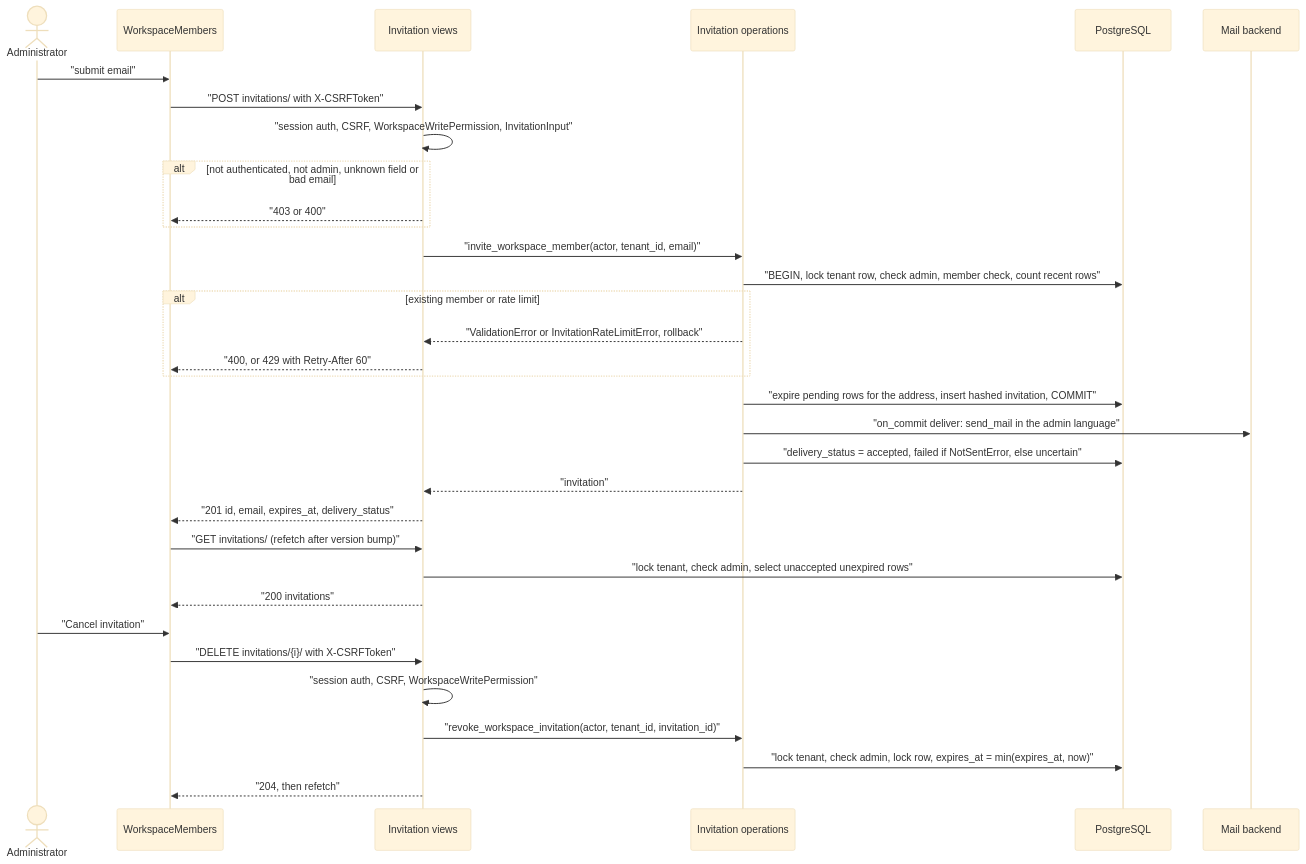
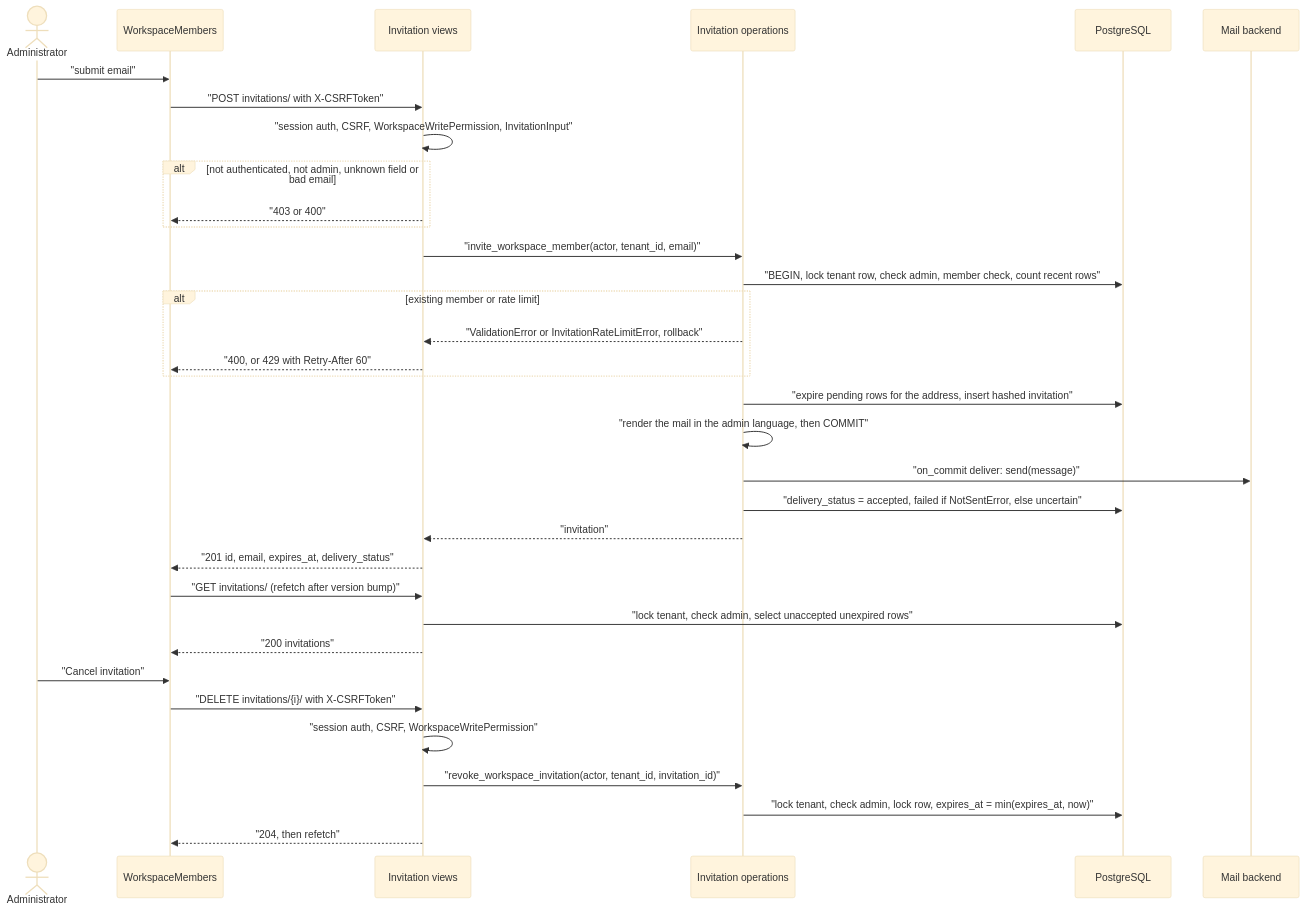
The diagram in docs/flows/member-invitation.md (erkurtharun/pyracast), drawn with Mermaid (base theme) before and after one commit. The commit also changed other lines of this file and 8 other files, not shown here.

First line of the commit message:
Send account mail through the shared entry point and prove the production Gmail sender

````diff
--- a/docs/flows/member-invitation.md
+++ b/docs/flows/member-invitation.md
@@ -13,35 +13,36 @@
 ```mermaid
 sequenceDiagram
     actor A as Administrator
     participant UI as WorkspaceMembers
     participant V as Invitation views
     participant Op as Invitation operations
     participant DB as PostgreSQL
     participant M as Mail backend
     A->>UI: "submit email"
     UI->>V: "POST invitations/ with X-CSRFToken"
     V->>V: "session auth, CSRF, WorkspaceWritePermission, InvitationInput"
     alt not authenticated, not admin, unknown field or bad email
         V-->>UI: "403 or 400"
     end
     V->>Op: "invite_workspace_member(actor, tenant_id, email)"
     Op->>DB: "BEGIN, lock tenant row, check admin, member check, count recent rows"
     alt existing member or rate limit
         Op-->>V: "ValidationError or InvitationRateLimitError, rollback"
         V-->>UI: "400, or 429 with Retry-After 60"
     end
-    Op->>DB: "expire pending rows for the address, insert hashed invitation, COMMIT"
-    Op->>M: "on_commit deliver: send_mail in the admin language"
+    Op->>DB: "expire pending rows for the address, insert hashed invitation"
+    Op->>Op: "render the mail in the admin language, then COMMIT"
+    Op->>M: "on_commit deliver: send(message)"
     Op->>DB: "delivery_status = accepted, failed if NotSentError, else uncertain"
     Op-->>V: "invitation"
     V-->>UI: "201 id, email, expires_at, delivery_status"
     UI->>V: "GET invitations/ (refetch after version bump)"
     V->>DB: "lock tenant, check admin, select unaccepted unexpired rows"
     V-->>UI: "200 invitations"
     A->>UI: "Cancel invitation"
     UI->>V: "DELETE invitations/{i}/ with X-CSRFToken"
     V->>V: "session auth, CSRF, WorkspaceWritePermission"
     V->>Op: "revoke_workspace_invitation(actor, tenant_id, invitation_id)"
     Op->>DB: "lock tenant, check admin, lock row, expires_at = min(expires_at, now)"
     V-->>UI: "204, then refetch"
 ```
````
